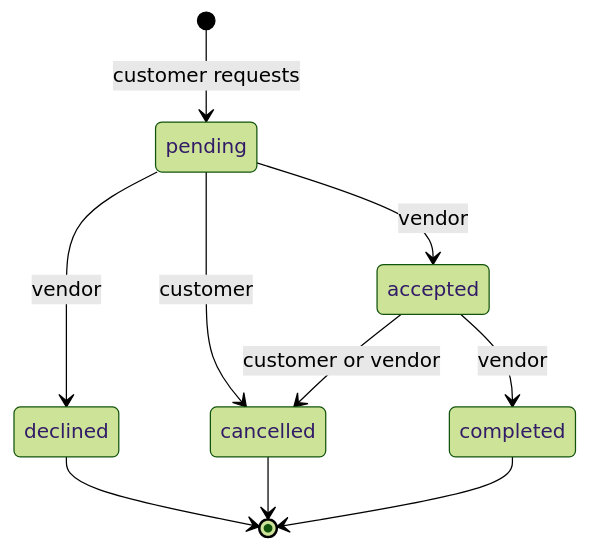
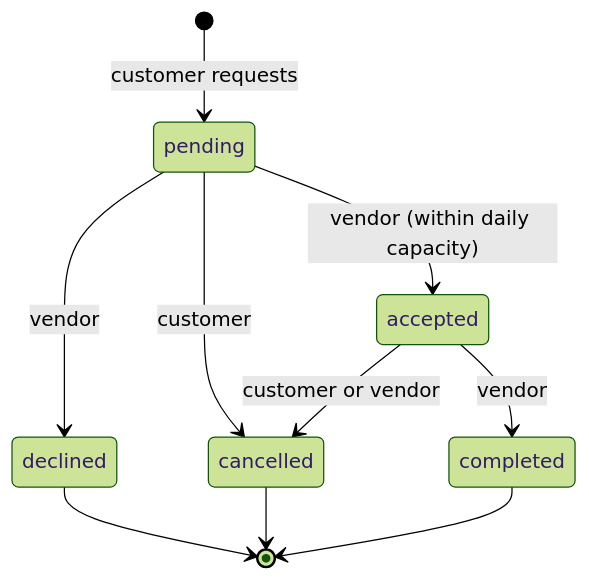
The first of 3 diagrams in README.md (tanmaytyagii/Ocasio), drawn with Mermaid (forest theme) before and after one commit. The commit also changed other lines of this file and 27 other files, not shown here.

First line of the commit message:
docs: overhaul README, add security audit, CI/CD and architecture docs

````diff
--- a/README.md
+++ b/README.md
@@ -101,12 +80,12 @@
 ```mermaid
 stateDiagram-v2
     [*] --> pending : customer requests
-    pending --> accepted : vendor
+    pending --> accepted : vendor (within daily capacity)
     pending --> declined : vendor
     pending --> cancelled : customer
     accepted --> completed : vendor
     accepted --> cancelled : customer or vendor
     declined --> [*]
     cancelled --> [*]
     completed --> [*]
 ```
````
